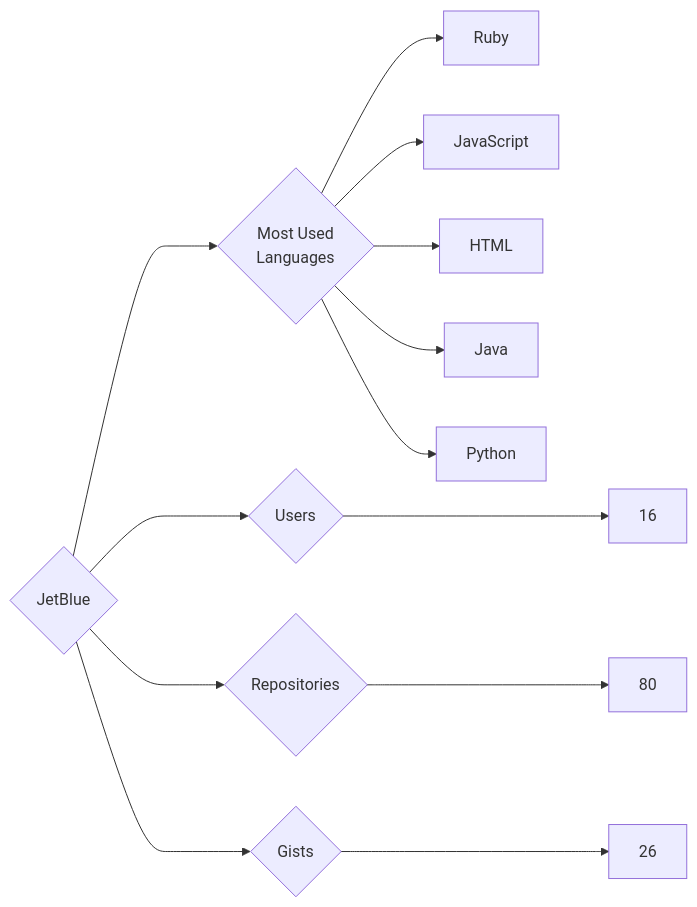
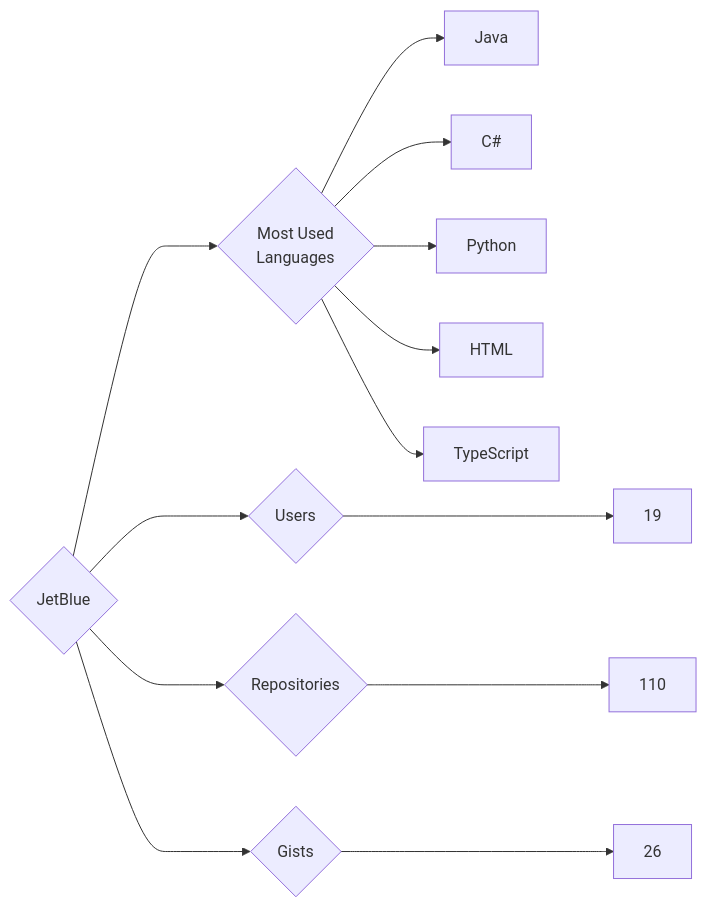
Before and after one commit to trickest/insiders: the diagram in targets/JetBlue/README.md, drawn with Mermaid. The commit also changed 1084 other files, not shown here.

````diff
--- a/targets/JetBlue/README.md
+++ b/targets/JetBlue/README.md
@@ -3,13 +3,13 @@
 ```mermaid
 graph LR
 COMPANY_NAME{JetBlue}
-COMPANY_NAME ---> U{Users} ---> UN[16]
-COMPANY_NAME ---> R{Repositories} ---> RN[80]
+COMPANY_NAME ---> U{Users} ---> UN[19]
+COMPANY_NAME ---> R{Repositories} ---> RN[110]
 COMPANY_NAME ---> G{Gists} ---> GN[26]
 COMPANY_NAME ---> ML{Most Used<br>Languages}
-ML --> Ruby[Ruby]
-ML --> JavaScript[JavaScript]
+ML --> Java[Java]
+ML --> C#[C#]
+ML --> Python[Python]
 ML --> HTML[HTML]
-ML --> Java[Java]
-ML --> Python[Python]
+ML --> TypeScript[TypeScript]
 ```
````
